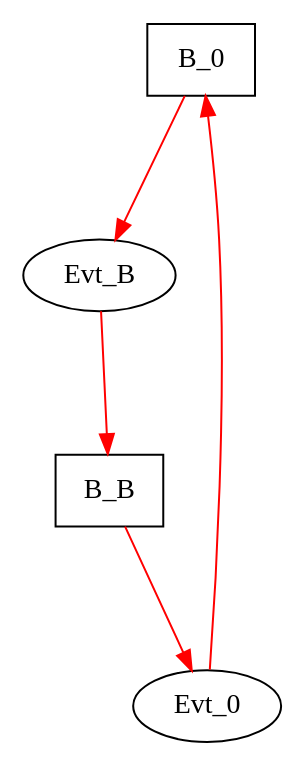
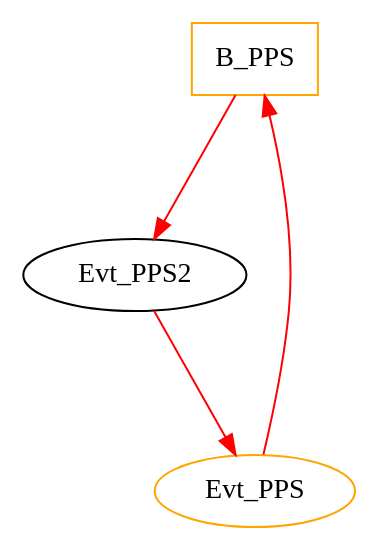
Before and after one commit to GSI-CS-CO/bel_projects: the diagram in modules/ftm/ftmx86/download.dot, drawn with Graphviz. The commit also changed 19 other files, not shown here.

```diff
--- a/modules/ftm/ftmx86/download.dot
+++ b/modules/ftm/ftmx86/download.dot
@@ -1,12 +1,10 @@
 digraph G {
-graph [root="Demo",rankdir=TB, nodesep=0.6, mindist=1.0, ranksep=1.0, overlap=false]
-node [style="filled", fillcolor="white", color="black"]
-B_0[cpu="1", flags="7", type="block", tperiod="1000000000", shape="rectangle", color="black"];
-B_B[cpu="1", flags="7", type="block", tperiod="1000000000", shape="rectangle", color="black"];
-Evt_0[cpu="1", flags="2", type="tmsg", toffs="0", fid="0", gid="5", evtno="2047", sid="1727", bpid="6397", par="123", tef="0", shape="oval", color="black", fillcolor="white"];
-Evt_B[cpu="1", flags="2", type="tmsg", toffs="0", fid="0", gid="5", evtno="2047", sid="3655", bpid="15449", par="123", tef="0", shape="oval", color="black", fillcolor="white"];
-B_B->Evt_0 [type="defdst", color="red"];
-Evt_0->B_0 [type="defdst", color="red"];
-Evt_B->B_B [type="defdst", color="red"];
-B_0->Evt_B [type="defdst", color="red"];
+graph [root="Demo",rankdir   = TB, nodesep           = 0.6, mindist     = 1.0, ranksep = 1.0, overlap = false]
+node [style     = "filled", fillcolor = "white", color = "black"]
+B_PPS[cpu="1", flags="0x0000c007", type="block", tperiod="1000000000", pattern="P1", patentry="false", patexit="true", beamproc="B3", bpentry="false", bpexit="true", shape     = "rectangle", fillcolor = "white", color = "orange"];
+Evt_PPS[cpu="1", flags="0x00003002", type="tmsg", toffs="0", pattern="P1", patentry="true", patexit="false", beamproc="B1", bpentry="true", bpexit="false", fid="1", gid="5", evtno="205", beamin="0", sid="2", bpid="8", reqnobeam="0", vacc="0", id="0x10050cd000200200", par="0x0000000000000123", tef="0", shape     = "oval", fillcolor = "white", color = "orange"];
+Evt_PPS2[cpu="1", flags="0x00000002", type="tmsg", toffs="0", pattern="P1", patentry="false", patexit="false", beamproc="B2", bpentry="false", bpexit="false", fid="0", gid="5", evtno="205", sid="2", bpid="8", id="0x00050cd002002000", par="0x0000000000000123", tef="0", shape     = "oval", fillcolor = "white"];
+Evt_PPS->B_PPS [type="defdst", color     = "red"];
+Evt_PPS2->Evt_PPS [type="defdst", color     = "red"];
+B_PPS->Evt_PPS2 [type="defdst", color     = "red"];
 }
```
